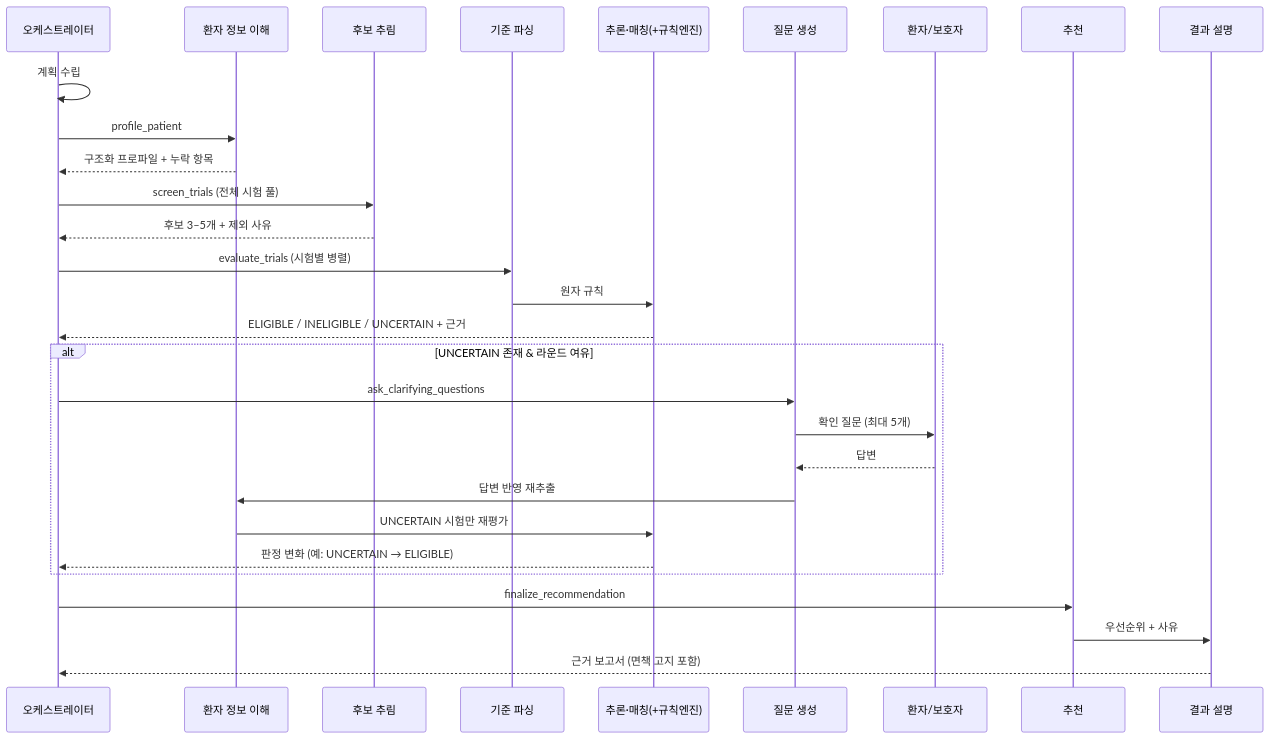
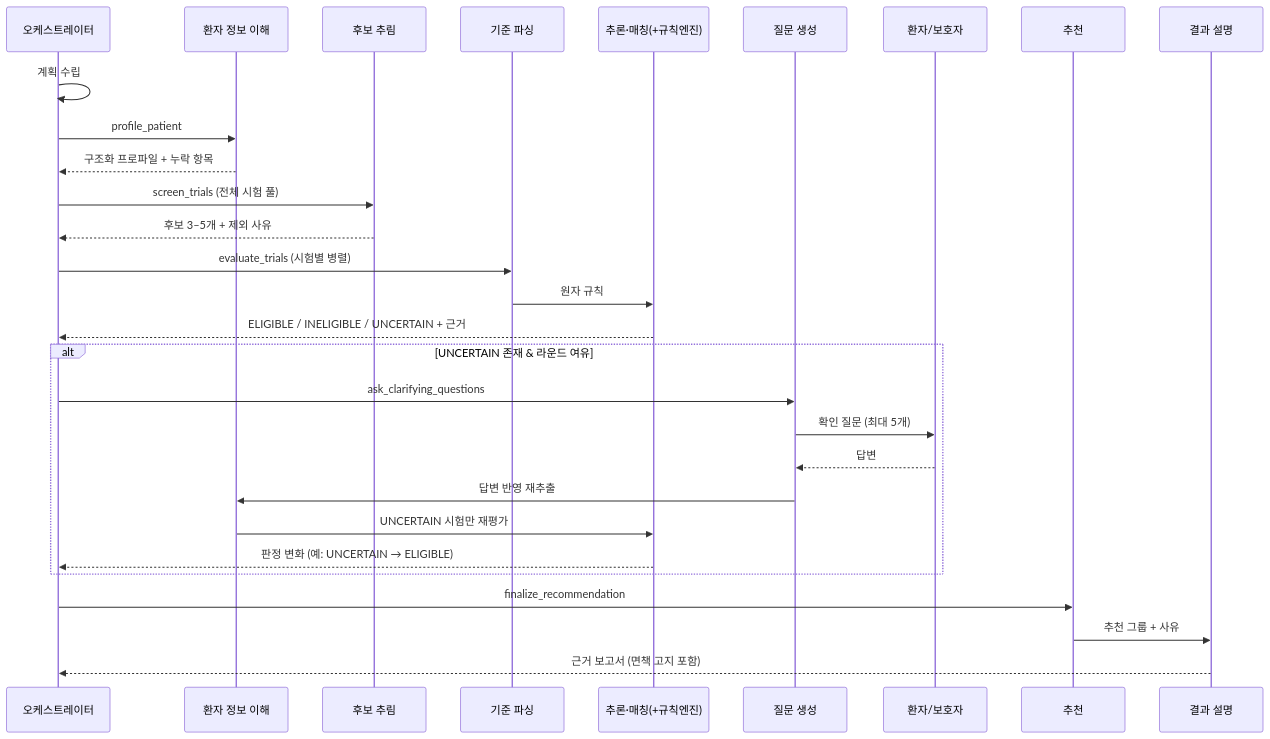
The second of 2 diagrams in README.md (rlaehdrua/clinical-recommendation-multi-agent-ai), drawn with Mermaid before and after one commit. The commit also changed other lines of this file and 35 other files, not shown here.

````diff
--- a/README.md
+++ b/README.md
@@ -81,32 +83,32 @@
 ```mermaid
 sequenceDiagram
     participant O as 오케스트레이터
     participant PP as 환자 정보 이해
     participant S as 후보 추림
     participant CP as 기준 파싱
     participant M as 추론·매칭(+규칙엔진)
     participant Q as 질문 생성
     participant U as 환자/보호자
     participant R as 추천
     participant E as 결과 설명
 
     O->>O: 계획 수립
     O->>PP: profile_patient
     PP-->>O: 구조화 프로파일 + 누락 항목
     O->>S: screen_trials (전체 시험 풀)
     S-->>O: 후보 3–5개 + 제외 사유
     O->>CP: evaluate_trials (시험별 병렬)
     CP->>M: 원자 규칙
     M-->>O: ELIGIBLE / INELIGIBLE / UNCERTAIN + 근거
     alt UNCERTAIN 존재 & 라운드 여유
         O->>Q: ask_clarifying_questions
         Q->>U: 확인 질문 (최대 5개)
         U-->>Q: 답변
         Q->>PP: 답변 반영 재추출
         PP->>M: UNCERTAIN 시험만 재평가
         M-->>O: 판정 변화 (예: UNCERTAIN → ELIGIBLE)
     end
     O->>R: finalize_recommendation
-    R->>E: 우선순위 + 사유
+    R->>E: 추천 그룹 + 사유
     E-->>O: 근거 보고서 (면책 고지 포함)
 ```
````
